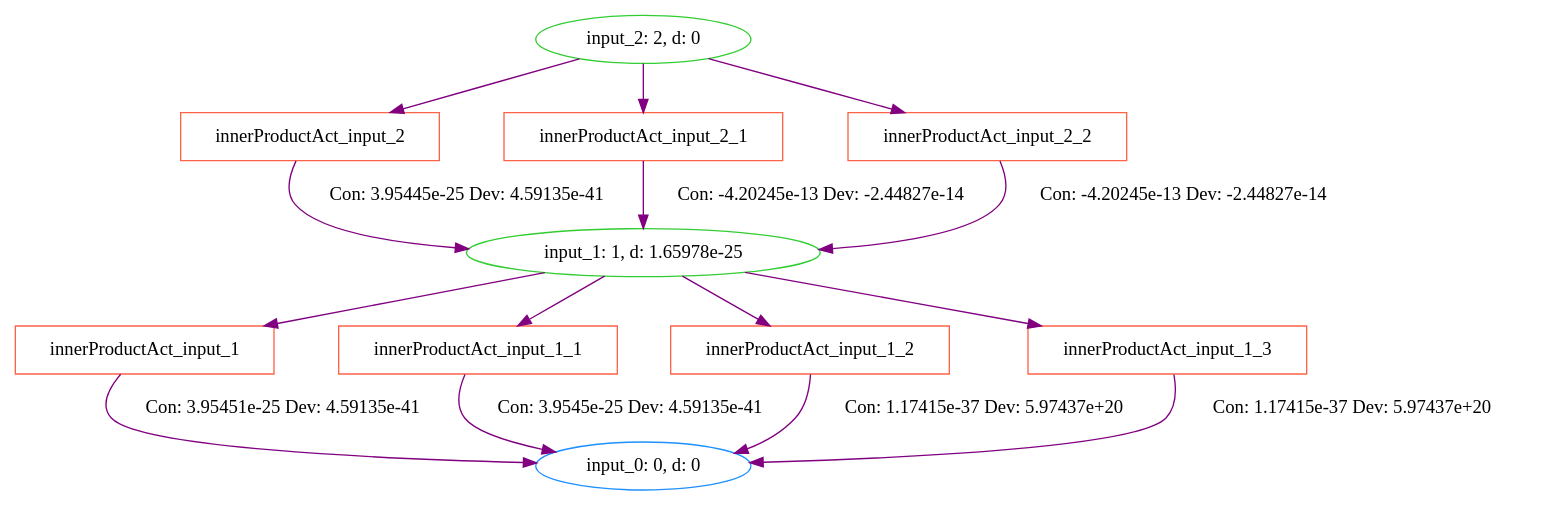
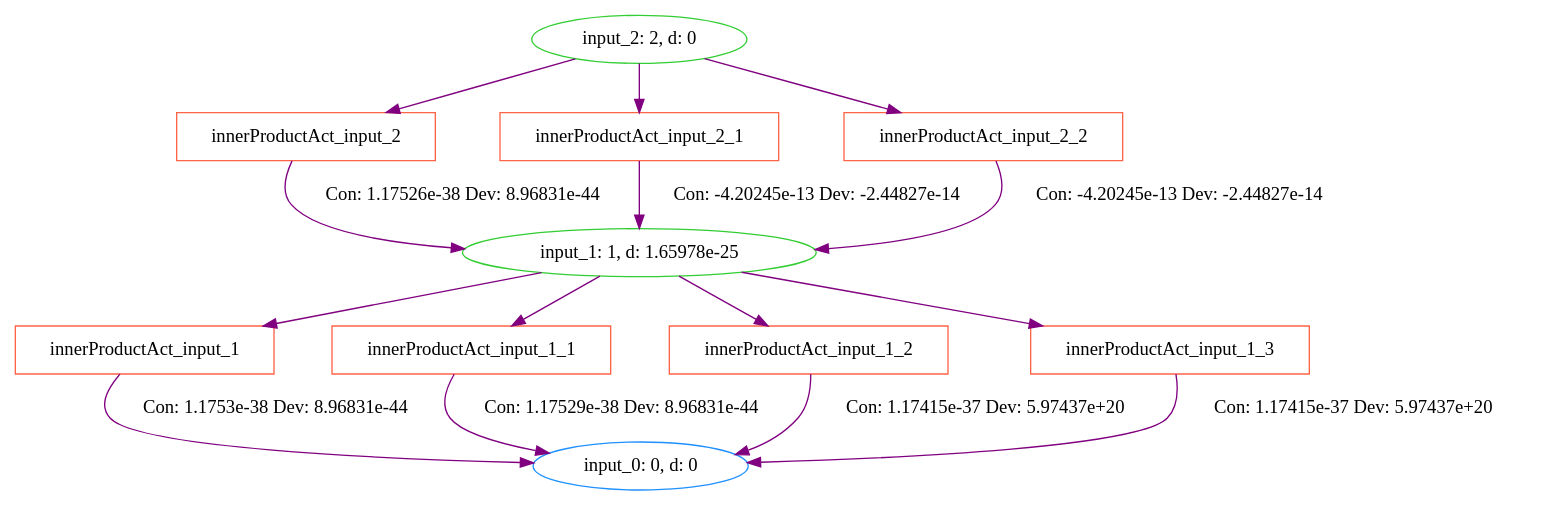
One commit to milliondegree/PXAI changed the diagram in data/iris/cprov/test2.dot. Above: the diagram before and after it, drawn with Graphviz. The commit also changed 12 other files, not shown here.

```diff
--- a/data/iris/cprov/test2.dot
+++ b/data/iris/cprov/test2.dot
@@ -1,40 +1,40 @@
 digraph G {
 0 [label="input_0: 0, d: 0", shape=oval, color=dodgerblue];
 1 [label="input_1: 1, d: 1.65978e-25", shape=oval, color=limegreen];
 2 [label="innerProductAct_input_1", shape=box, color=tomato];
 3 [label="innerProductAct_input_1_1", shape=box, color=tomato];
 4 [label="innerProductAct_input_1_2", shape=box, color=tomato];
 5 [label="innerProductAct_input_1_3", shape=box, color=tomato];
 6 [label="input_2: 2, d: 0", shape=oval, color=limegreen];
 7 [label="innerProductAct_input_2", shape=box, color=tomato];
 8 [label="innerProductAct_input_2_1", shape=box, color=tomato];
 9 [label="innerProductAct_input_2_2", shape=box, color=tomato];
 1->2  [color=purple]
  [label=""];
 2->0  [color=purple]
- [label="Con: 3.95451e-25 Dev: 4.59135e-41"];
+ [label="Con: 1.1753e-38 Dev: 8.96831e-44"];
 1->3  [color=purple]
  [label=""];
 3->0  [color=purple]
- [label="Con: 3.9545e-25 Dev: 4.59135e-41"];
+ [label="Con: 1.17529e-38 Dev: 8.96831e-44"];
 1->4  [color=purple]
  [label=""];
 4->0  [color=purple]
  [label="Con: 1.17415e-37 Dev: 5.97437e+20"];
 1->5  [color=purple]
  [label=""];
 5->0  [color=purple]
  [label="Con: 1.17415e-37 Dev: 5.97437e+20"];
 6->7  [color=purple]
  [label=""];
 7->1  [color=purple]
- [label="Con: 3.95445e-25 Dev: 4.59135e-41"];
+ [label="Con: 1.17526e-38 Dev: 8.96831e-44"];
 6->8  [color=purple]
  [label=""];
 8->1  [color=purple]
  [label="Con: -4.20245e-13 Dev: -2.44827e-14"];
 6->9  [color=purple]
  [label=""];
 9->1  [color=purple]
  [label="Con: -4.20245e-13 Dev: -2.44827e-14"];
 }
```
